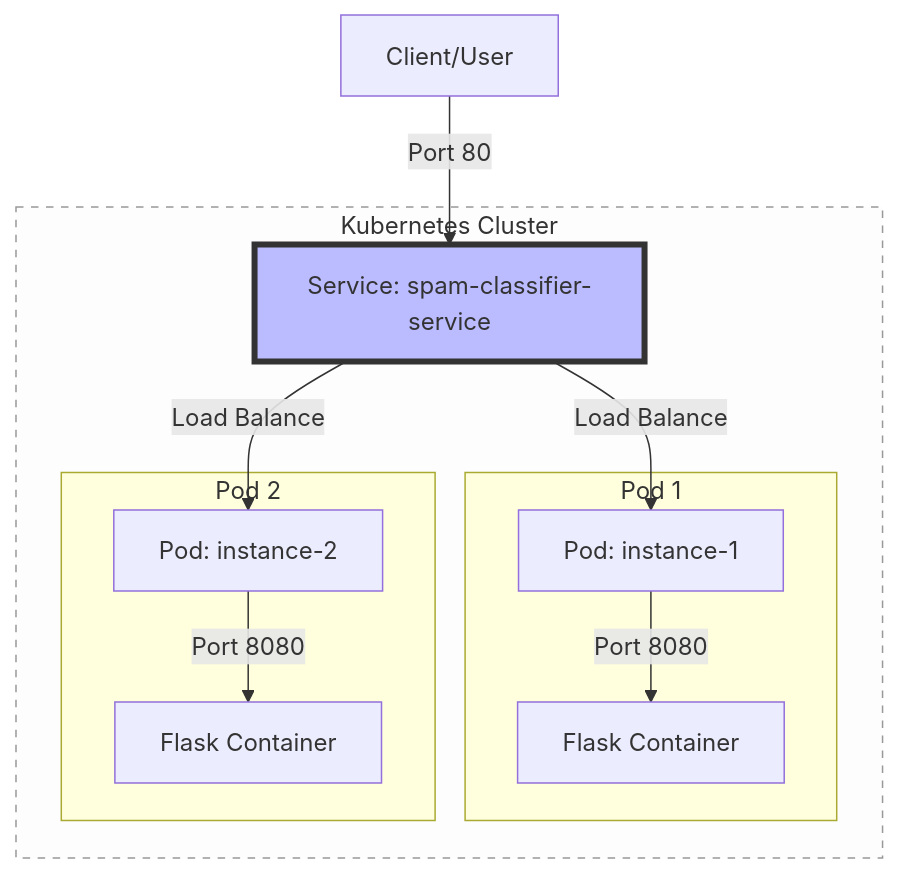
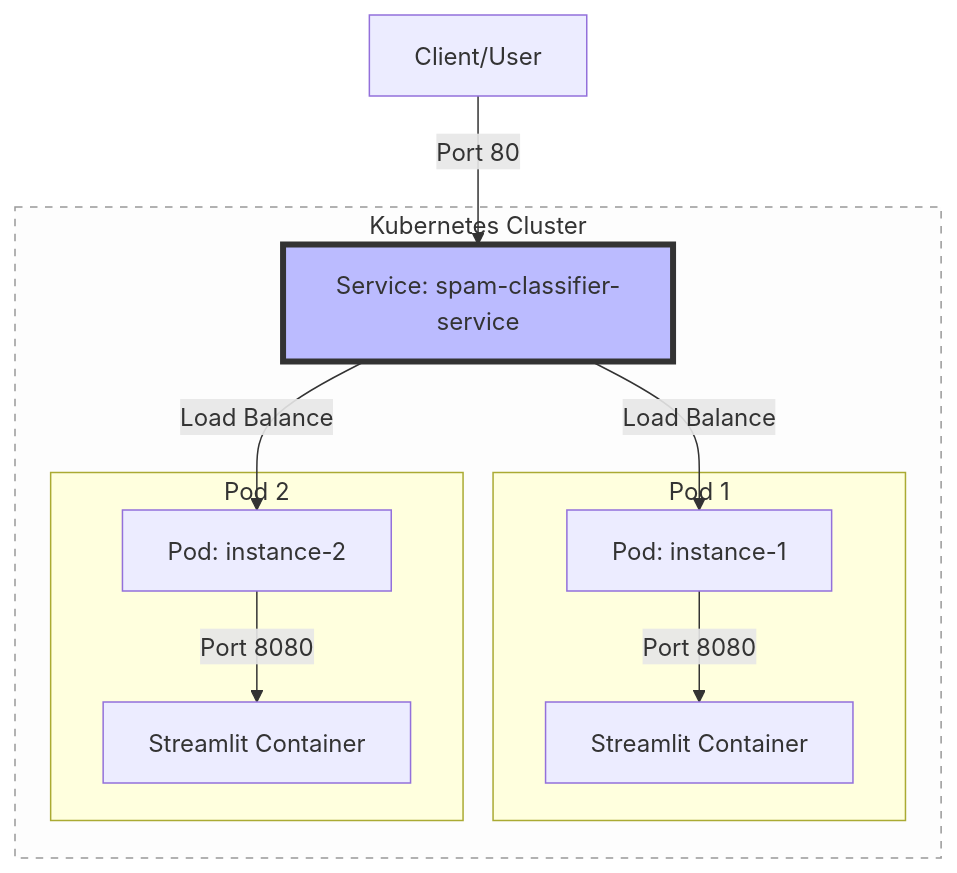
One commit to iportilla/5350-mlops changed the fifth of 5 diagrams in docker/kubernetes/intro_kubernetes.md. Above: the diagram before and after it, drawn with Mermaid. The commit also changed other lines of this file and 2 other files, not shown here.

````diff
--- a/docker/kubernetes/intro_kubernetes.md
+++ b/docker/kubernetes/intro_kubernetes.md
@@ -97,20 +97,20 @@
 ```mermaid
 flowchart TD
     Client["Client/User"] -->|"Port 80"| SVC["Service: spam-classifier-service"]
     
     subgraph K8s ["Kubernetes Cluster"]
         SVC -->|"Load Balance"| P1["Pod: instance-1"]
         SVC -->|"Load Balance"| P2["Pod: instance-2"]
         
         subgraph Pod1 ["Pod 1"]
-            P1 -->|"Port 8080"| C1["Flask Container"]
+            P1 -->|"Port 8080"| C1["Streamlit Container"]
         end
         
         subgraph Pod2 ["Pod 2"]
-            P2 -->|"Port 8080"| C2["Flask Container"]
+            P2 -->|"Port 8080"| C2["Streamlit Container"]
         end
     end
     
     style SVC fill:#bbf,stroke:#333,stroke-width:4px
     style K8s fill:#fdfdfd,stroke:#999,stroke-dasharray: 5 5
 ```
````
